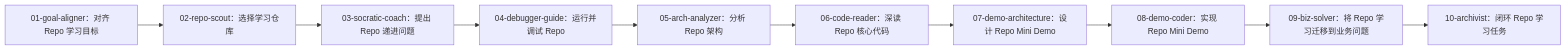
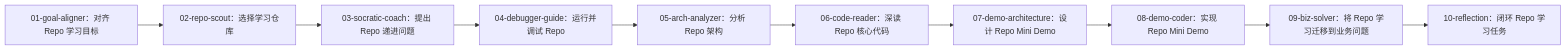
The second of 8 diagrams in crates/docs/repo-learning-stage-state-flow.md (hedon954/daedalus), drawn with Mermaid before and after one commit. The commit also changed other lines of this file and 43 other files, not shown here.

````diff
--- a/crates/docs/repo-learning-stage-state-flow.md
+++ b/crates/docs/repo-learning-stage-state-flow.md
@@ -32,12 +32,12 @@
 ```mermaid
 flowchart LR
     s01["01-goal-aligner：对齐 Repo 学习目标"] --> s02["02-repo-scout：选择学习仓库"]
     s02 --> s03["03-socratic-coach：提出 Repo 递进问题"]
     s03 --> s04["04-debugger-guide：运行并调试 Repo"]
     s04 --> s05["05-arch-analyzer：分析 Repo 架构"]
     s05 --> s06["06-code-reader：深读 Repo 核心代码"]
     s06 --> s07["07-demo-architecture：设计 Repo Mini Demo"]
     s07 --> s08["08-demo-coder：实现 Repo Mini Demo"]
     s08 --> s09["09-biz-solver：将 Repo 学习迁移到业务问题"]
-    s09 --> s10["10-archivist：闭环 Repo 学习任务"]
+    s09 --> s10["10-reflection：闭环 Repo 学习任务"]
 ```
````
